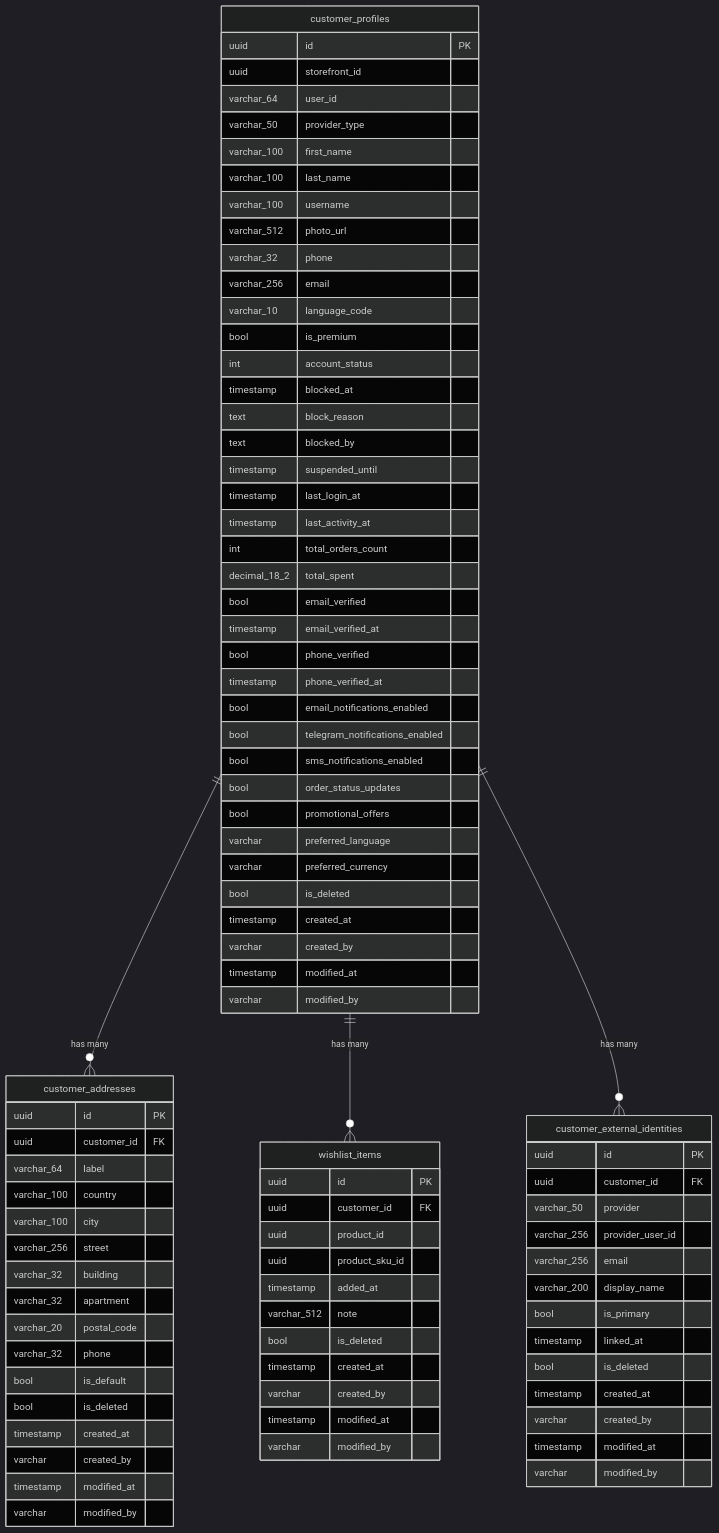
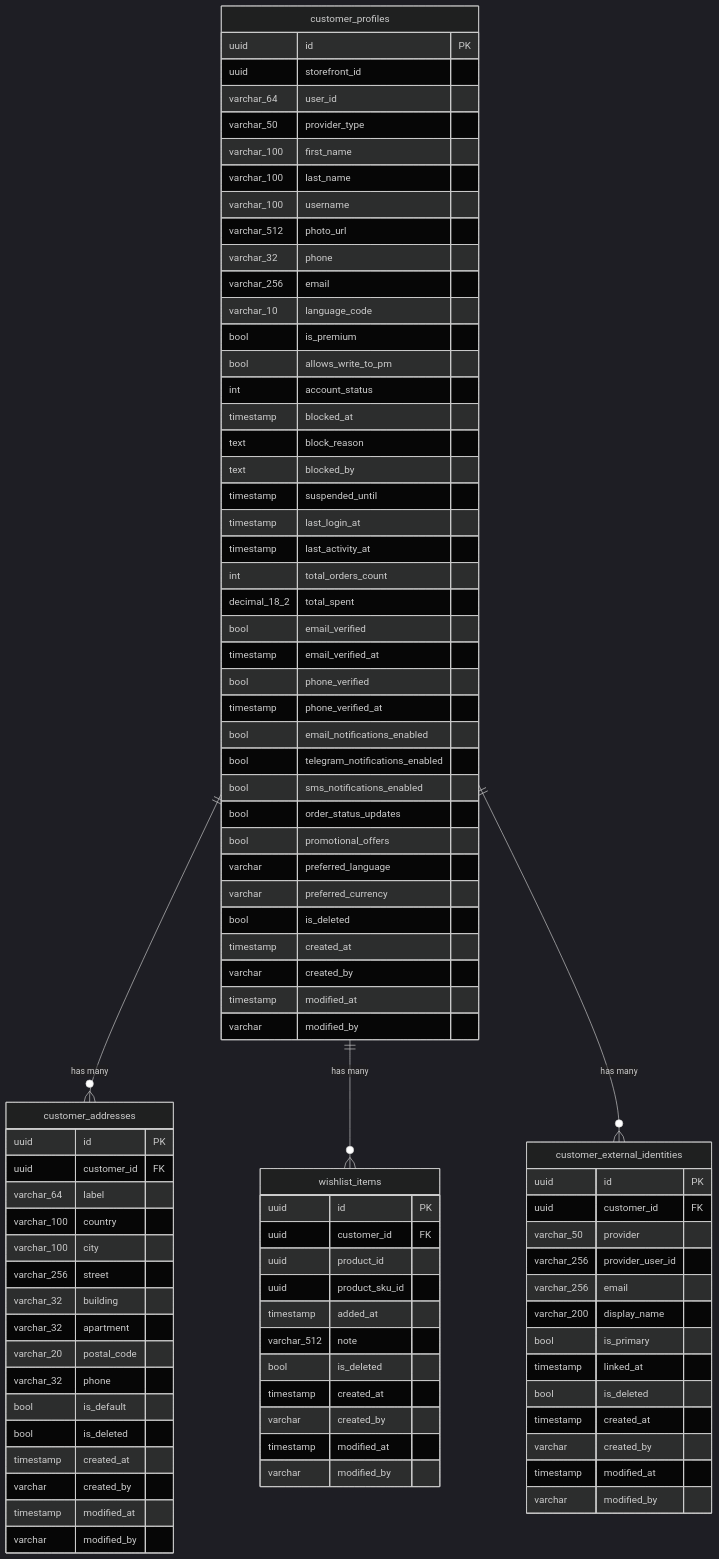
The diagram in docs/database.md (GZDKH/DKH.CustomerService), drawn with Mermaid (dark theme) before and after one commit. The commit also changed other lines of this file and 24 other files, not shown here.

```diff
--- a/docs/database.md
+++ b/docs/database.md
@@ -26,6 +26,7 @@
         varchar_256 email
         varchar_10 language_code
         bool is_premium
+        bool allows_write_to_pm
         int account_status
         timestamp blocked_at
         text block_reason
```
